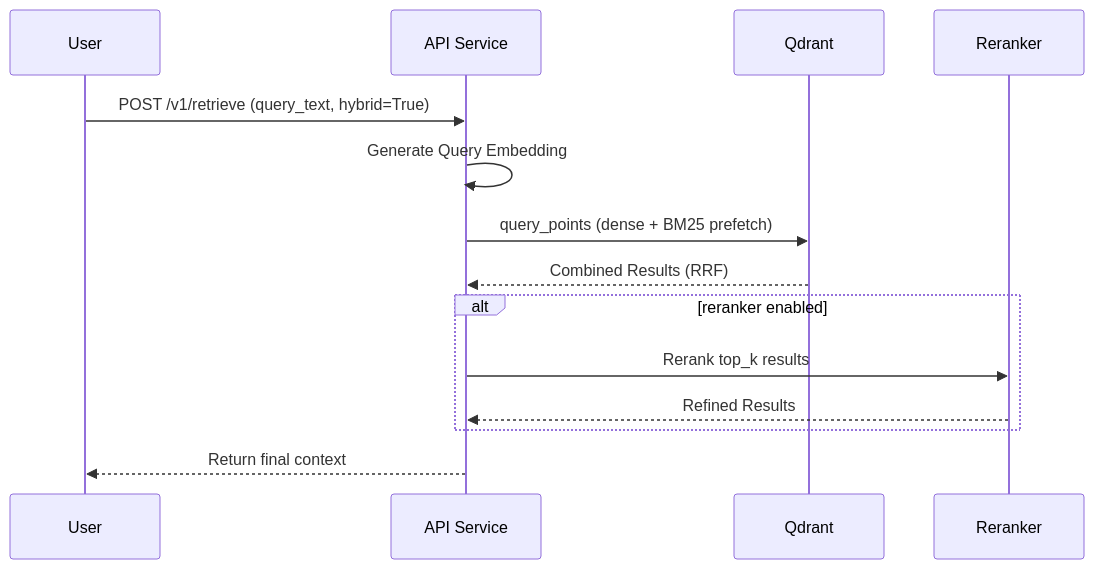
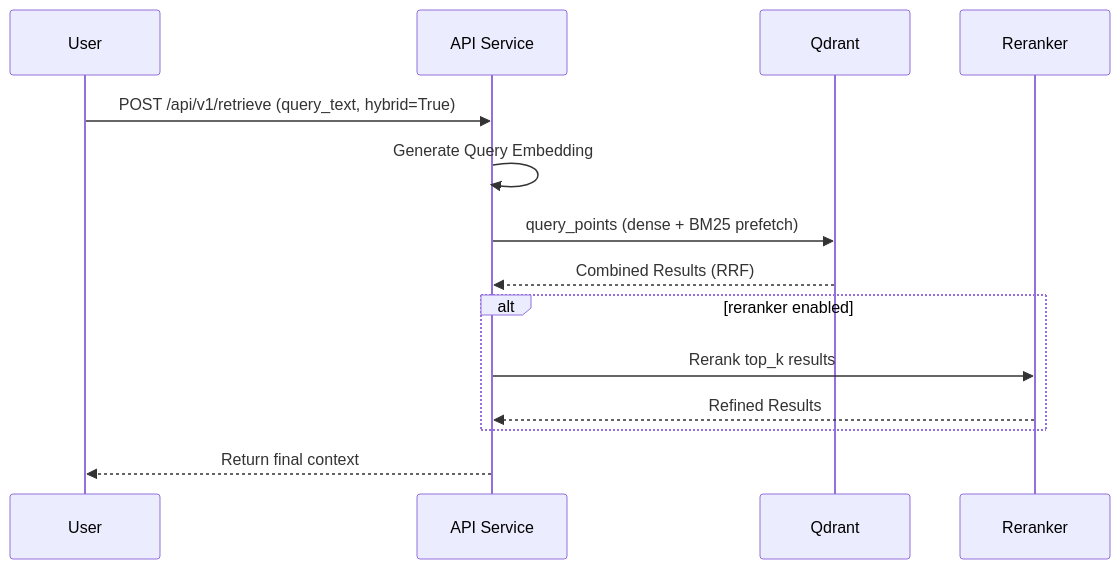
The diagram in openwiki/architecture/api-service.md (abhindeves/langchain_docs_rag), drawn with Mermaid before and after one commit. The commit also changed other lines of this file and 24 other files, not shown here.

````diff
--- a/openwiki/architecture/api-service.md
+++ b/openwiki/architecture/api-service.md
@@ -39,19 +42,19 @@
 ```mermaid
 sequenceDiagram
     participant User
     participant API as API Service
     participant Qdrant
     participant Reranker
 
-    User->>API: POST /v1/retrieve (query_text, hybrid=True)
+    User->>API: POST /api/v1/retrieve (query_text, hybrid=True)
     API->>API: Generate Query Embedding
     API->>Qdrant: query_points (dense + BM25 prefetch)
     Qdrant-->>API: Combined Results (RRF)
     
     alt reranker enabled
         API->>Reranker: Rerank top_k results
         Reranker-->>API: Refined Results
     end
     
     API-->>User: Return final context
 ```
````
